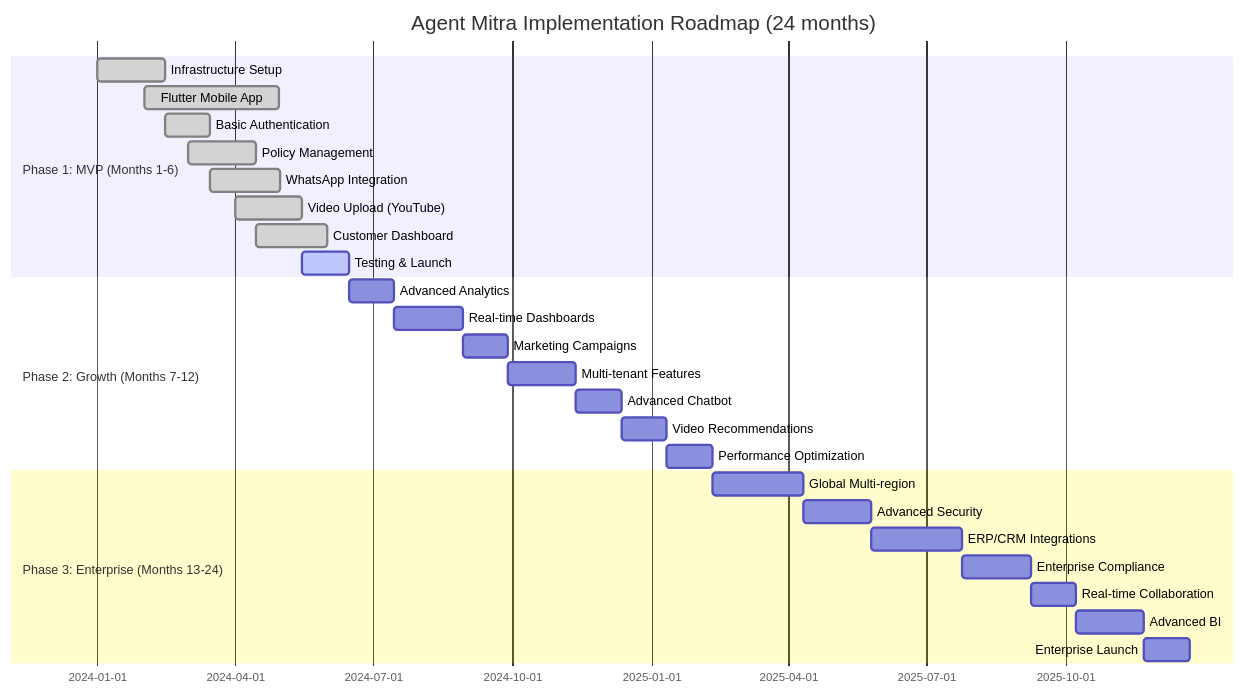
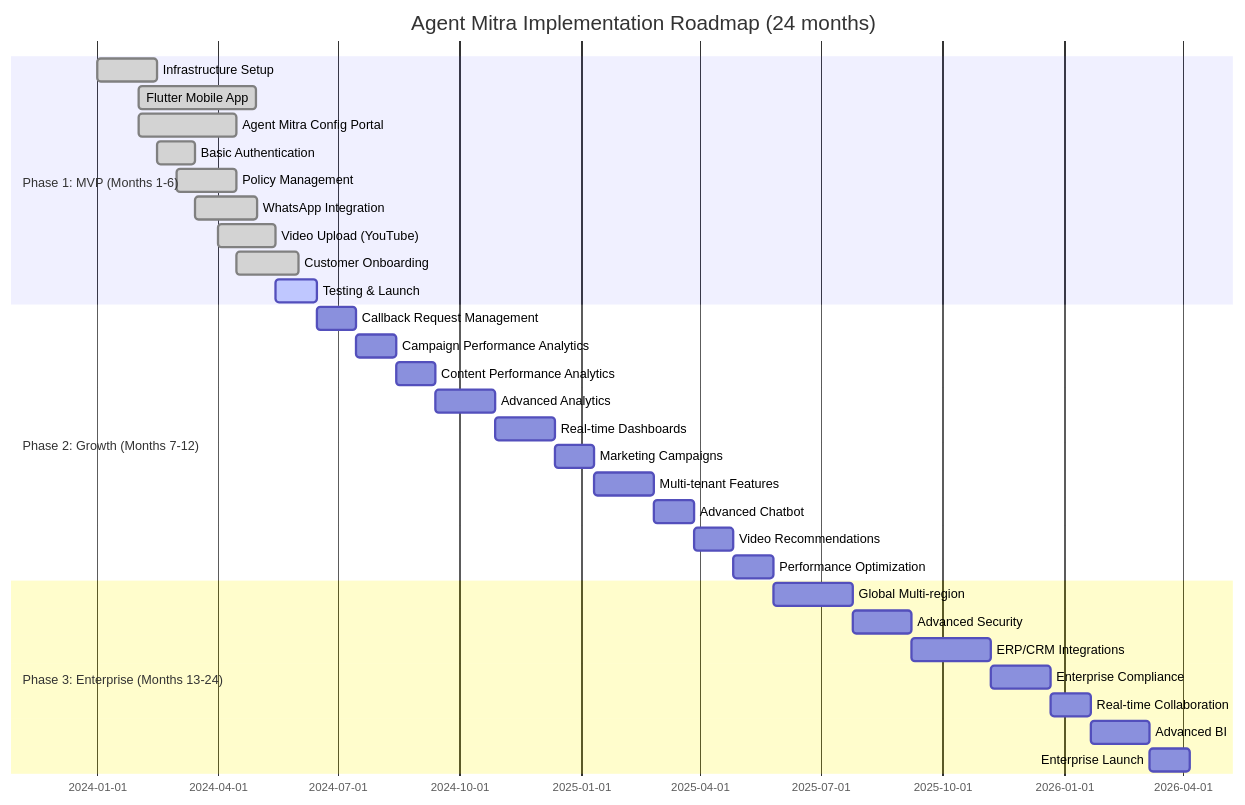
The eighth of 11 diagrams in discovery/deployment/deployment-design.md (manizvlabs/agentmitra), drawn with Mermaid before and after one commit. The commit also changed other lines of this file and 6 other files, not shown here.

First line of the commit message:
feat: integrate Agent Configuration Portal and enhance customer onboarding

````diff
--- a/discovery/deployment/deployment-design.md
+++ b/discovery/deployment/deployment-design.md
@@ -1966,32 +1978,36 @@
 ```mermaid
 gantt
     title Agent Mitra Implementation Roadmap (24 months)
     dateFormat YYYY-MM-DD
     section Phase 1: MVP (Months 1-6)
         Infrastructure Setup          :done, infra1, 2024-01-01, 2024-02-15
         Flutter Mobile App            :done, app1, 2024-02-01, 2024-04-30
+        Agent Mitra Config Portal     :done, portal1, 2024-02-01, 2024-04-15
         Basic Authentication          :done, auth1, 2024-02-15, 2024-03-15
         Policy Management             :done, policy1, 2024-03-01, 2024-04-15
         WhatsApp Integration          :done, whatsapp1, 2024-03-15, 2024-05-01
         Video Upload (YouTube)        :done, video1, 2024-04-01, 2024-05-15
-        Customer Dashboard            :done, dashboard1, 2024-04-15, 2024-06-01
+        Customer Onboarding           :done, onboarding1, 2024-04-15, 2024-06-01
         Testing & Launch              :active, test1, 2024-05-15, 2024-06-15
 
     section Phase 2: Growth (Months 7-12)
-        Advanced Analytics           :analytics2, after test1, 30d
+        Callback Request Management  :callback2, after test1, 30d
+        Campaign Performance Analytics:campaign_analytics2, after callback2, 30d
+        Content Performance Analytics :content_analytics2, after campaign_analytics2, 30d
+        Advanced Analytics           :analytics2, after content_analytics2, 45d
         Real-time Dashboards         :realtime2, after analytics2, 45d
         Marketing Campaigns          :campaigns2, after realtime2, 30d
         Multi-tenant Features        :multitenant2, after campaigns2, 45d
         Advanced Chatbot             :chatbot2, after multitenant2, 30d
         Video Recommendations        :video2, after chatbot2, 30d
         Performance Optimization     :perf2, after video2, 30d
 
     section Phase 3: Enterprise (Months 13-24)
         Global Multi-region          :global3, after perf2, 60d
         Advanced Security            :security3, after global3, 45d
         ERP/CRM Integrations         :integrations3, after security3, 60d
         Enterprise Compliance        :compliance3, after integrations3, 45d
         Real-time Collaboration      :collaboration3, after compliance3, 30d
         Advanced BI                  :bi3, after collaboration3, 45d
         Enterprise Launch            :launch3, after bi3, 30d
 ```
````
